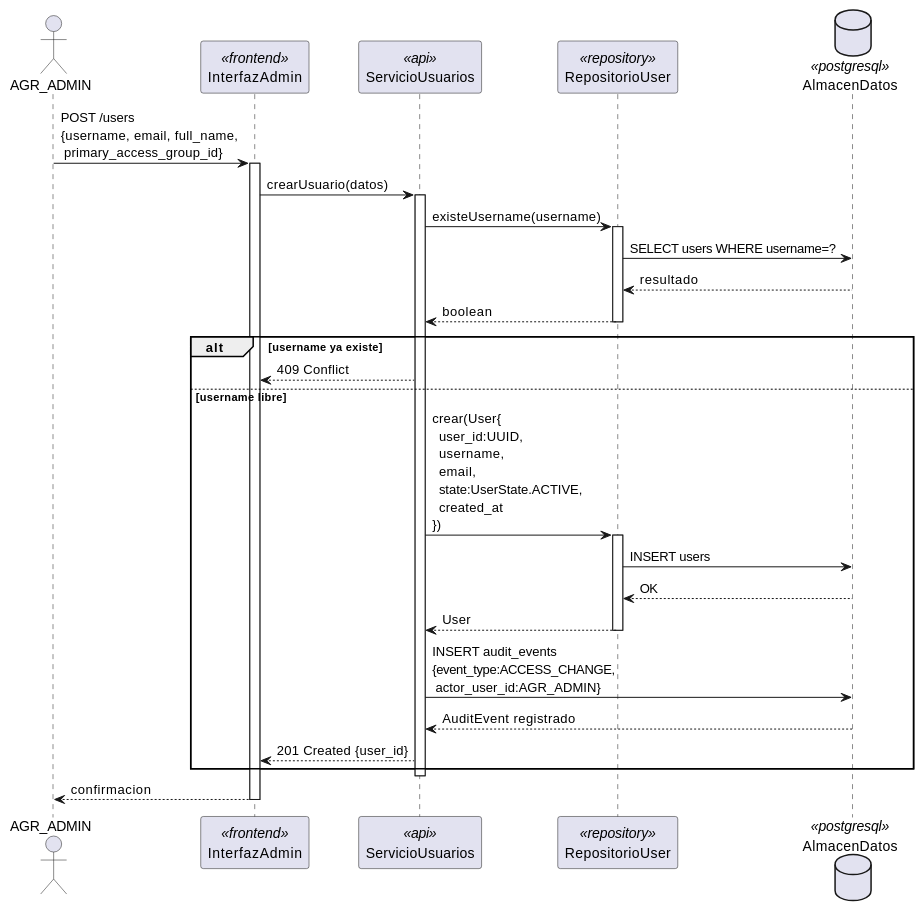
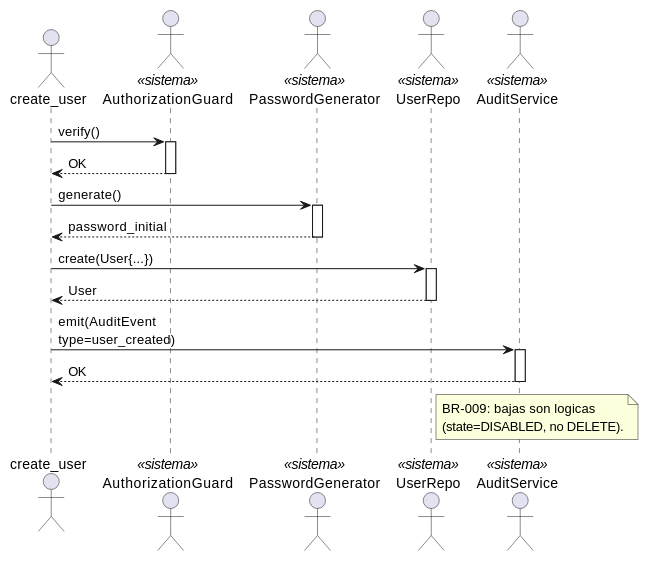
Before and after one commit to jcg-admin/IACT-docs: the diagram in source/arquitectura-tecnica/design-view/seq-users.rst, drawn with PlantUML. The commit also changed other lines of this file and 12 other files, not shown here.

First line of the commit message:
Harmonize 13 design-view sequence diagrams to canonical vocab

```diff
--- a/source/arquitectura-tecnica/design-view/seq-users.rst
+++ b/source/arquitectura-tecnica/design-view/seq-users.rst
@@ -23,46 +25,37 @@
 .. uml::
- :caption: Design View MOD_Users — creacion y gestion de identidad de usuarios.
+ :caption: MOD_Users — alta de usuario con password generado.
 
  @startuml
 
- actor AGR_ADMIN
+ actor "create_user" as create_user
+ actor "AuthorizationGuard" as AuthorizationGuard <<sistema>>
+ actor "PasswordGenerator" as PasswordGenerator <<sistema>>
+ actor "UserRepo" as UserRepo <<sistema>>
+ actor "AuditService" as AuditService <<sistema>>
 
- participant InterfazAdmin    <<frontend>>
- participant ServicioUsuarios <<api>>
- participant RepositorioUser  <<repository>>
- database    AlmacenDatos     <<postgresql>>
+ create_user -> AuthorizationGuard : verify()
+ activate AuthorizationGuard
+ AuthorizationGuard --> create_user : OK
+ deactivate AuthorizationGuard
 
- AGR_ADMIN -> InterfazAdmin : POST /users\n{username, email, full_name,\n primary_access_group_id}
- activate InterfazAdmin
+ create_user -> PasswordGenerator : generate()
+ activate PasswordGenerator
+ PasswordGenerator --> create_user : password_initial
+ deactivate PasswordGenerator
 
- InterfazAdmin -> ServicioUsuarios : crearUsuario(datos)
- activate ServicioUsuarios
+ create_user -> UserRepo : create(User{...})
+ activate UserRepo
+ UserRepo --> create_user : User
+ deactivate UserRepo
 
- ServicioUsuarios -> RepositorioUser : existeUsername(username)
- activate RepositorioUser
- RepositorioUser -> AlmacenDatos : SELECT users WHERE username=?
- AlmacenDatos --> RepositorioUser : resultado
- RepositorioUser --> ServicioUsuarios : boolean
- deactivate RepositorioUser
+ create_user -> AuditService : emit(AuditEvent\ntype=user_created)
+ activate AuditService
+ AuditService --> create_user : OK
+ deactivate AuditService
 
- alt username ya existe
-   ServicioUsuarios --> InterfazAdmin : 409 Conflict
- else username libre
-   ServicioUsuarios -> RepositorioUser : crear(User{\n  user_id:UUID,\n  username,\n  email,\n  state:UserState.ACTIVE,\n  created_at\n})
-   activate RepositorioUser
-   RepositorioUser -> AlmacenDatos : INSERT users
-   AlmacenDatos --> RepositorioUser : OK
-   RepositorioUser --> ServicioUsuarios : User
-   deactivate RepositorioUser
-
-   ServicioUsuarios -> AlmacenDatos : INSERT audit_events\n{event_type:ACCESS_CHANGE,\n actor_user_id:AGR_ADMIN}
-   AlmacenDatos --> ServicioUsuarios : AuditEvent registrado
-
-   ServicioUsuarios --> InterfazAdmin : 201 Created {user_id}
- end
-
- deactivate ServicioUsuarios
- InterfazAdmin --> AGR_ADMIN : confirmacion
- deactivate InterfazAdmin
+ note right of UserRepo
+   BR-009: bajas son logicas
+   (state=DISABLED, no DELETE).
+ end note
 
  @enduml
```
